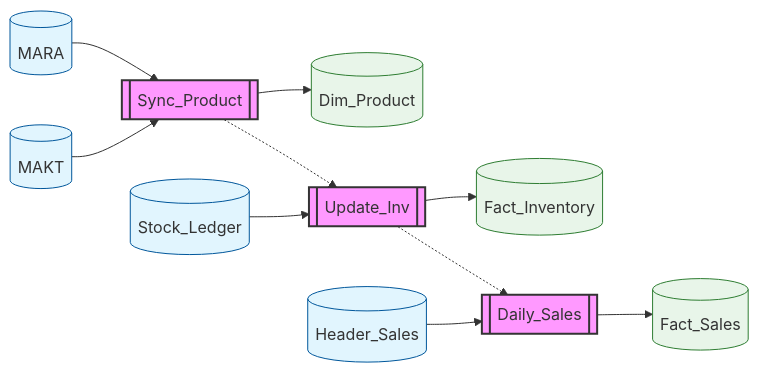
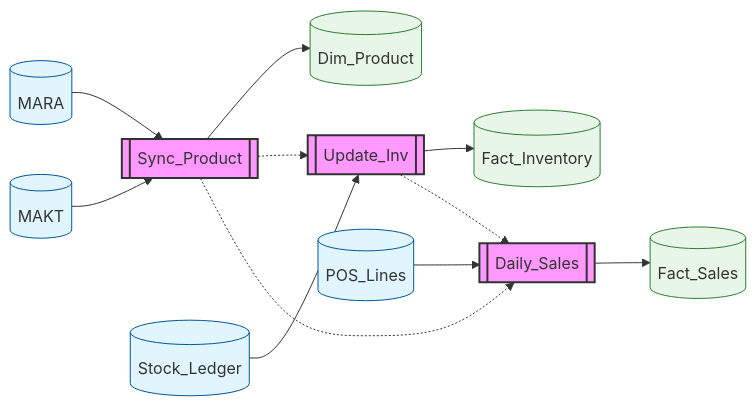
Before and after one commit to ammarrna/TestReadme: the diagram in ETLLineage.md, drawn with Mermaid.

````diff
--- a/ETLLineage.md
+++ b/ETLLineage.md
@@ -1,15 +1,16 @@
 ```mermaid
 graph LR
     classDef job fill:#f9f,stroke:#333,stroke-width:2px;
     classDef source fill:#e1f5fe,stroke:#01579b;
     classDef target fill:#e8f5e9,stroke:#2e7d32;
     MARA[(MARA)]:::source --> ETL_MD_01[[ Sync_Product ]]:::job
     MAKT[(MAKT)]:::source --> ETL_MD_01[[ Sync_Product ]]:::job
     ETL_MD_01 --> Dim_Product[(Dim_Product)]:::target
     Stock_Ledger[(Stock_Ledger)]:::source --> ETL_INV_02[[ Update_Inv ]]:::job
     ETL_INV_02 --> Fact_Inventory[(Fact_Inventory)]:::target
     ETL_MD_01 -.-> ETL_INV_02
-    Header_Sales[(Header_Sales)]:::source --> ETL_SLS_03[[ Daily_Sales ]]:::job
+    POS_Lines[(POS_Lines)]:::source --> ETL_SLS_03[[ Daily_Sales ]]:::job
     ETL_SLS_03 --> Fact_Sales[(Fact_Sales)]:::target
+    ETL_MD_01 -.-> ETL_SLS_03
     ETL_INV_02 -.-> ETL_SLS_03
 ```
````
